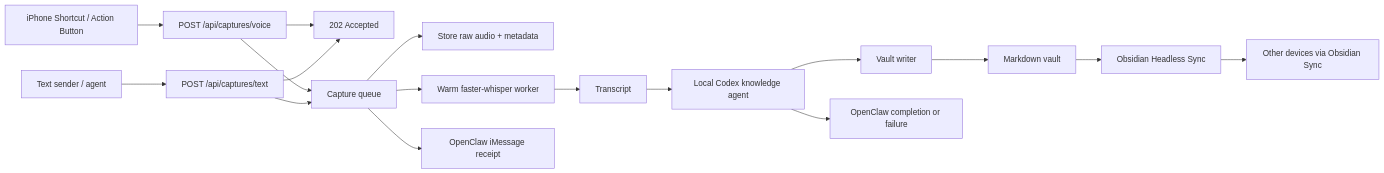
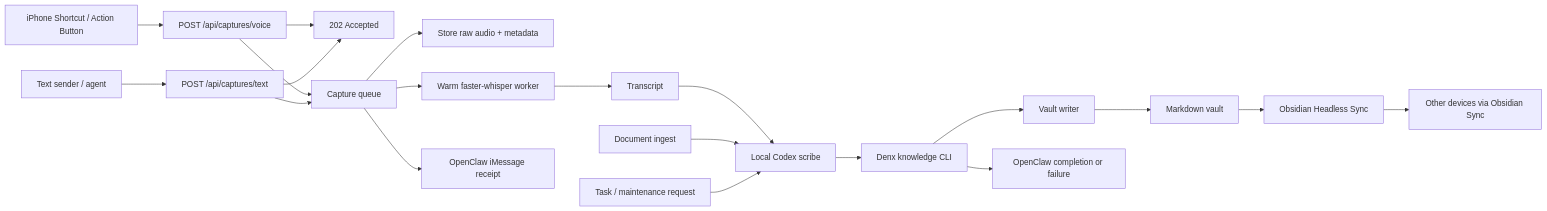
Before and after one commit to dbillor/DENX: the diagram in docs/system-design.md, drawn with Mermaid. The commit also changed other lines of this file and 20 other files, not shown here.

Commit message:
Implement Denx v3 scribe core

````diff
--- a/docs/system-design.md
+++ b/docs/system-design.md
@@ -100,19 +125,22 @@
 ```mermaid
 flowchart LR
   A["iPhone Shortcut / Action Button"] --> B["POST /api/captures/voice"]
   A2["Text sender / agent"] --> B2["POST /api/captures/text"]
   B --> C["202 Accepted"]
   B2 --> C
   B --> D["Capture queue"]
   B2 --> D
   D --> E["Store raw audio + metadata"]
   D --> F["Warm faster-whisper worker"]
   F --> G["Transcript"]
-  G --> H["Local Codex knowledge agent"]
-  H --> I["Vault writer"]
-  I --> J["Markdown vault"]
-  D --> K["OpenClaw iMessage receipt"]
-  H --> L["OpenClaw completion or failure"]
-  J --> M["Obsidian Headless Sync"]
+  G --> H["Local Codex scribe"]
+  A3["Document ingest"] --> H
+  A4["Task / maintenance request"] --> H
+  H --> I["Denx knowledge CLI"]
+  I --> J["Vault writer"]
+  J --> K["Markdown vault"]
+  D --> O["OpenClaw iMessage receipt"]
+  I --> L["OpenClaw completion or failure"]
+  K --> M["Obsidian Headless Sync"]
   M --> N["Other devices via Obsidian Sync"]
 ```
````
